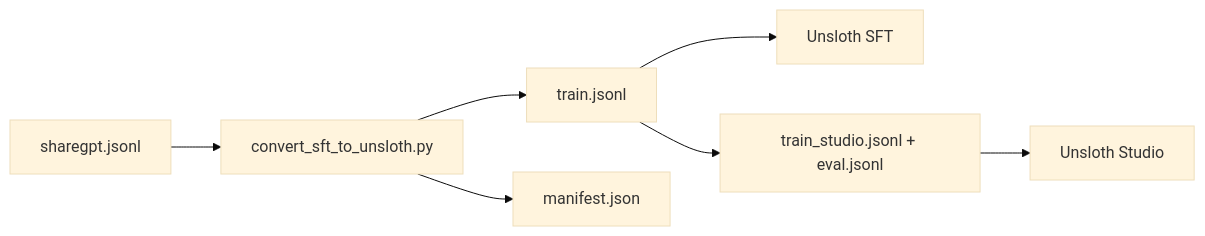
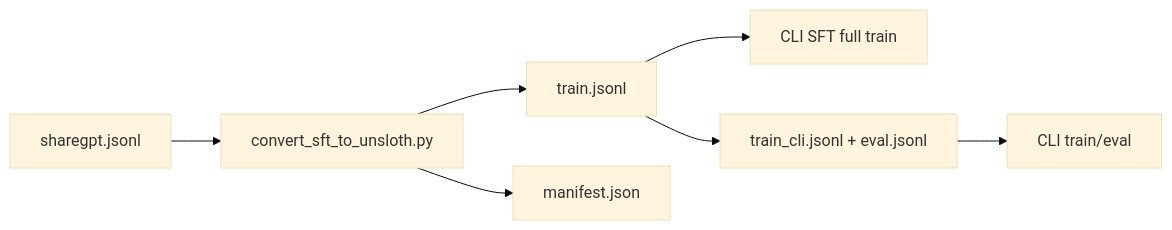
The tenth of 16 diagrams in demo/README.md (Lafinger/AgenticRAG-RL), drawn with Mermaid (base theme) before and after one commit. The commit also changed other lines of this file and 24 other files, not shown here.

Commit message:
Remove Unsloth Studio and standardize CLI training

````diff
--- a/demo/README.md
+++ b/demo/README.md
@@ -1087,9 +1086,9 @@
 ```mermaid
 flowchart LR
     A["sharegpt.jsonl"] --> B["convert_sft_to_unsloth.py"]
     B --> C["train.jsonl"]
     B --> D["manifest.json"]
-    C --> E["Unsloth SFT"]
-    C --> F["train_studio.jsonl + eval.jsonl"]
-    F --> G["Unsloth Studio"]
+    C --> E["CLI SFT full train"]
+    C --> F["train_cli.jsonl + eval.jsonl"]
+    F --> G["CLI train/eval"]
 ```
````
